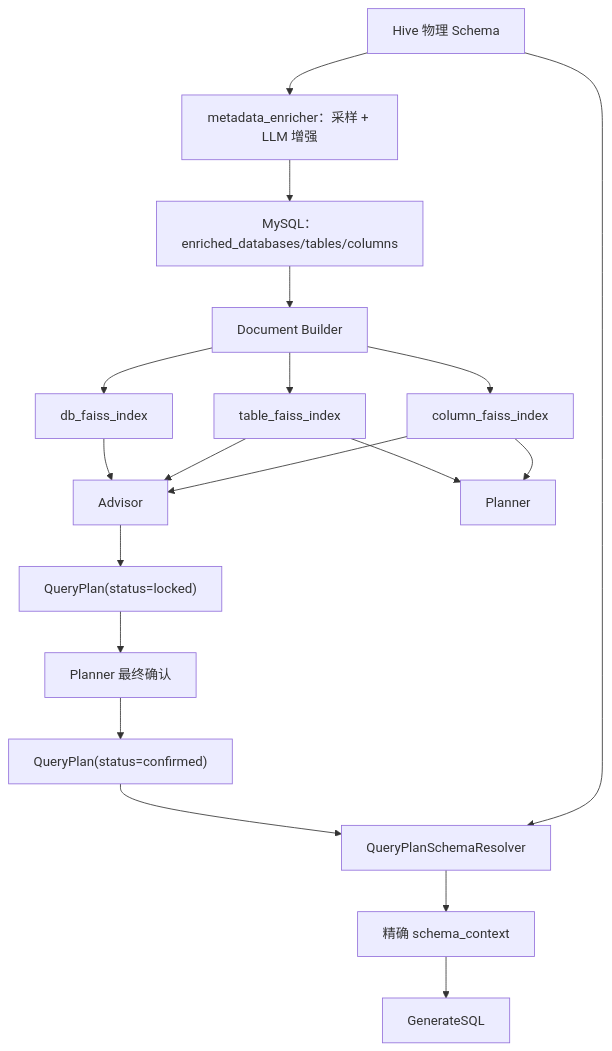
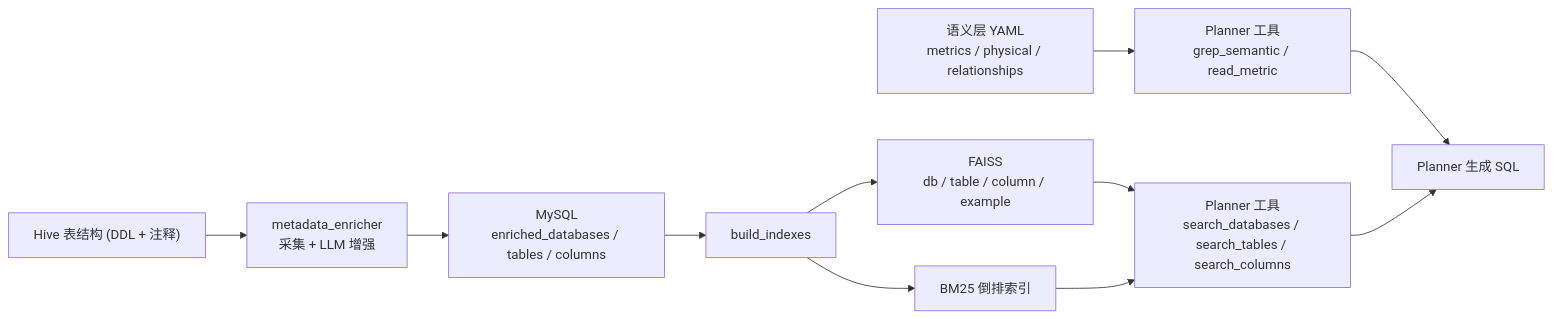
One commit to 18336621007/warehouseAgent changed the diagram in docs/架构/元数据与向量检索架构.md. Above: the diagram before and after it, drawn with Mermaid. The commit also changed other lines of this file and 53 other files, not shown here.

````diff
--- a/docs/架构/元数据与向量检索架构.md
+++ b/docs/架构/元数据与向量检索架构.md
@@ -10,21 +12,13 @@
 ```mermaid
-flowchart TD
-    Hive["Hive 物理 Schema"] --> Enricher["metadata_enricher：采样 + LLM 增强"]
-    Enricher --> MySQL["MySQL：enriched_databases/tables/columns"]
-    MySQL --> Builder["Document Builder"]
-    Builder --> DBIndex["db_faiss_index"]
-    Builder --> TableIndex["table_faiss_index"]
-    Builder --> ColumnIndex["column_faiss_index"]
-    DBIndex --> Advisor
-    TableIndex --> Planner
-    TableIndex --> Advisor
-    ColumnIndex --> Planner
-    ColumnIndex --> Advisor
-    Advisor --> Locked["QueryPlan(status=locked)"]
-    Locked --> PlannerConfirm["Planner 最终确认"]
-    PlannerConfirm --> Confirmed["QueryPlan(status=confirmed)"]
-    Confirmed --> Resolver["QueryPlanSchemaResolver"]
-    Hive --> Resolver
-    Resolver --> Context["精确 schema_context"]
-    Context --> GenerateSQL
+flowchart LR
+    Hive["Hive 表结构 (DDL + 注释)"] --> Enricher["metadata_enricher<br/>采集 + LLM 增强"]
+    Enricher --> MySQL["MySQL<br/>enriched_databases / tables / columns"]
+    MySQL --> Build["build_indexes"]
+    Build --> FAISS["FAISS<br/>db / table / column / example"]
+    Build --> BM25["BM25 倒排索引"]
+    Semantic["语义层 YAML<br/>metrics / physical / relationships"] --> STools["Planner 工具<br/>grep_semantic / read_metric"]
+    FAISS --> Tools["Planner 工具<br/>search_databases / search_tables / search_columns"]
+    BM25 --> Tools
+    STools --> Plan["Planner 生成 SQL"]
+    Tools --> Plan
 ```
````
